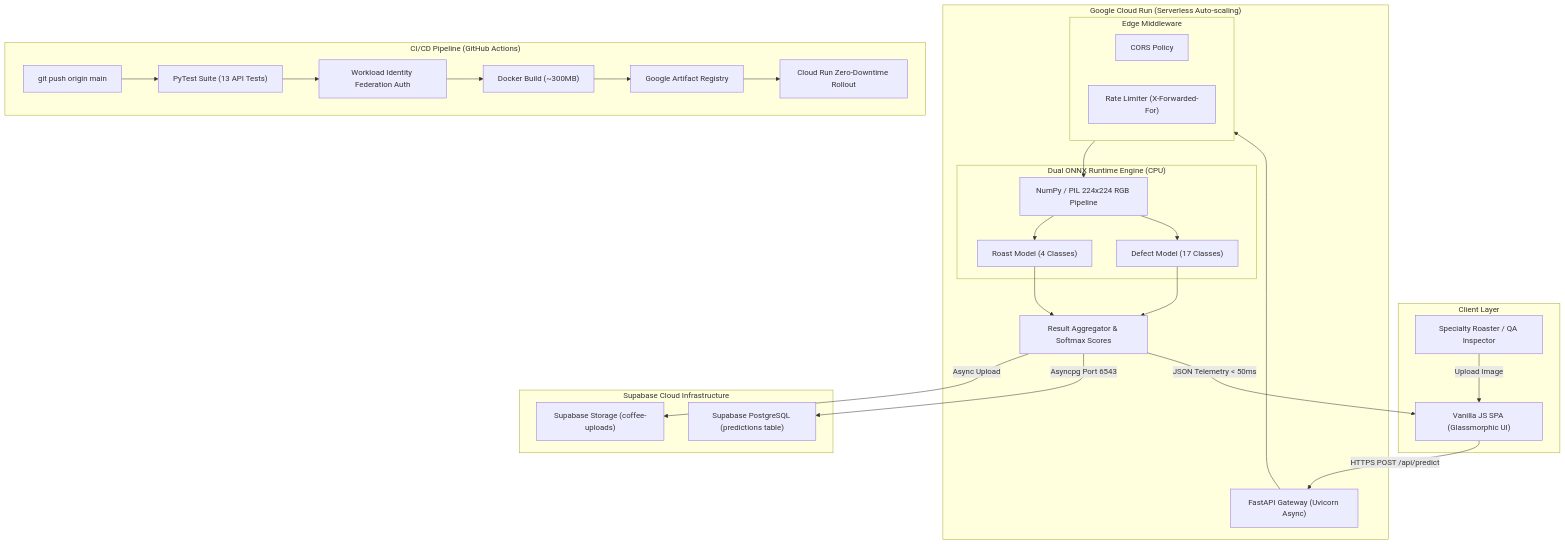
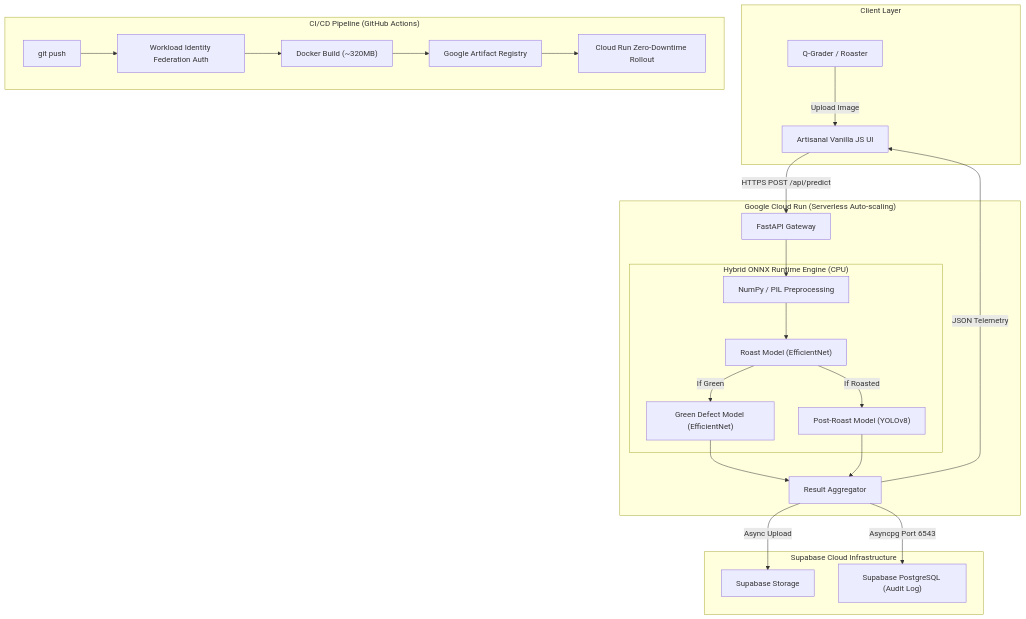
The diagram in README.md (anoopsachdev/BeanSight), drawn with Mermaid before and after one commit. The commit also changed other lines of this file, not shown here.

Commit message:
docs: update README with Tiered Telemetry and Artisanal Design details

````diff
--- a/README.md
+++ b/README.md
@@ -86,41 +70,36 @@
 ```mermaid
 flowchart TD
     subgraph Client ["Client Layer"]
-        User["Specialty Roaster / QA Inspector"] -->|Upload Image| SPA["Vanilla JS SPA (Glassmorphic UI)"]
+    User["Q-Grader / Roaster"] -->|Upload Image| SPA["Artisanal Vanilla JS UI"]
     end
 
     subgraph CloudRun ["Google Cloud Run (Serverless Auto-scaling)"]
-        SPA -->|HTTPS POST /api/predict| FastAPIServer["FastAPI Gateway (Uvicorn Async)"]
+        SPA -->|HTTPS POST /api/predict| FastAPIServer["FastAPI Gateway"]
         
-        subgraph Security ["Edge Middleware"]
-            CORS["CORS Policy"]
-            RateLimit["Rate Limiter (X-Forwarded-For)"]
+        FastAPIServer --> Preprocess["NumPy / PIL Preprocessing"]
+
+        subgraph ONNXEngine ["Hybrid ONNX Runtime Engine (CPU)"]
+            Preprocess --> ONNX_Roast["Roast Model (EfficientNet)"]
+            
+            ONNX_Roast -->|If Green| ONNX_Defect["Green Defect Model (EfficientNet)"]
+            ONNX_Roast -->|If Roasted| ONNX_YOLO["Post-Roast Model (YOLOv8)"]
         end
 
-        FastAPIServer --> Security
-        Security --> Preprocess["NumPy / PIL 224x224 RGB Pipeline"]
-
-        subgraph ONNXEngine ["Dual ONNX Runtime Engine (CPU)"]
-            Preprocess --> ONNX_Roast["Roast Model (4 Classes)"]
-            Preprocess --> ONNX_Defect["Defect Model (17 Classes)"]
-        end
-
-        ONNX_Roast --> ResultMerge["Result Aggregator & Softmax Scores"]
-        ONNX_Defect --> ResultMerge
+        ONNX_Defect --> ResultMerge["Result Aggregator"]
+        ONNX_YOLO --> ResultMerge
     end
 
     subgraph Persistence ["Supabase Cloud Infrastructure"]
-        ResultMerge -->|Async Upload| S3Bucket["Supabase Storage (coffee-uploads)"]
-        ResultMerge -->|Asyncpg Port 6543| Postgres["Supabase PostgreSQL (predictions table)"]
+        ResultMerge -->|Async Upload| S3Bucket["Supabase Storage"]
+        ResultMerge -->|Asyncpg Port 6543| Postgres["Supabase PostgreSQL (Audit Log)"]
     end
 
-    ResultMerge -->|JSON Telemetry < 50ms| SPA
+    ResultMerge -->|JSON Telemetry| SPA
 
     subgraph CICD ["CI/CD Pipeline (GitHub Actions)"]
-        GitPush["git push origin main"] --> PyTest["PyTest Suite (13 API Tests)"]
-        PyTest --> WIF["Workload Identity Federation Auth"]
-        WIF --> DockerBuild["Docker Build (~300MB)"]
+        GitPush["git push"] --> WIF["Workload Identity Federation Auth"]
+        WIF --> DockerBuild["Docker Build (~320MB)"]
         DockerBuild --> GAR["Google Artifact Registry"]
         GAR --> AutoDeploy["Cloud Run Zero-Downtime Rollout"]
     end
 ```
````
